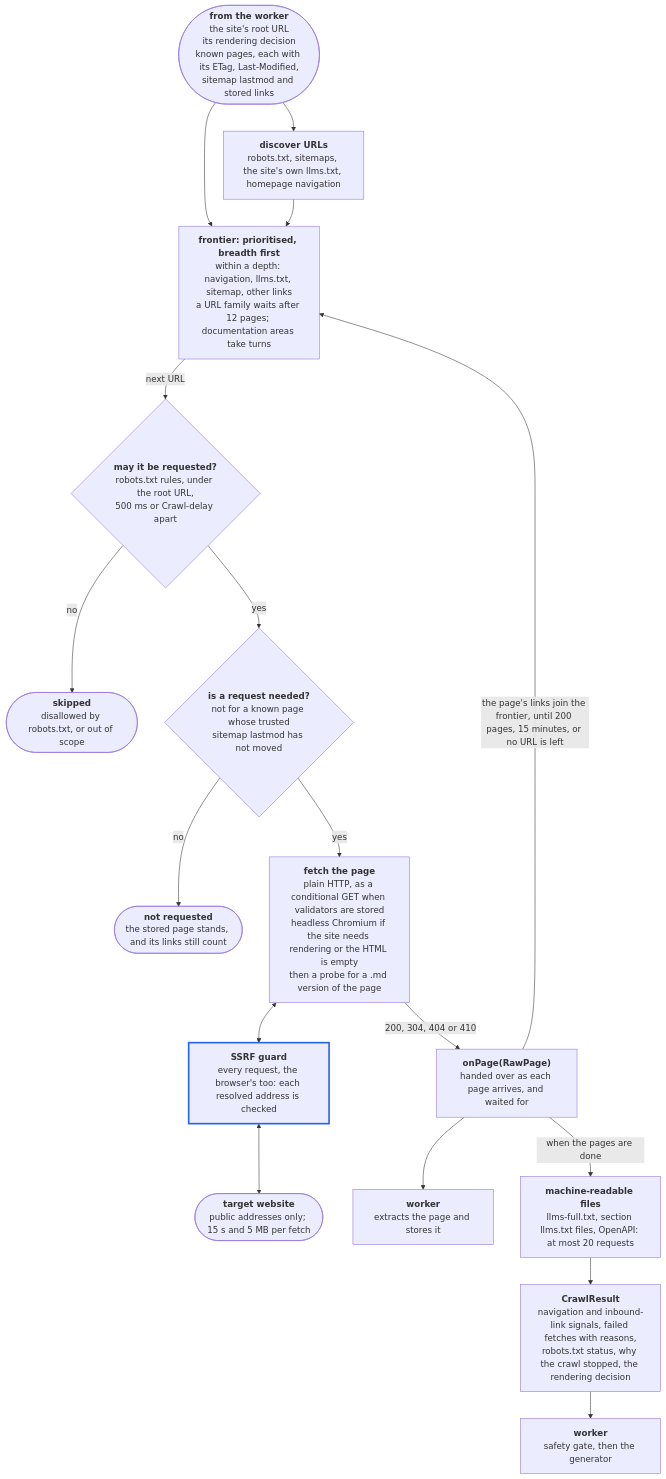
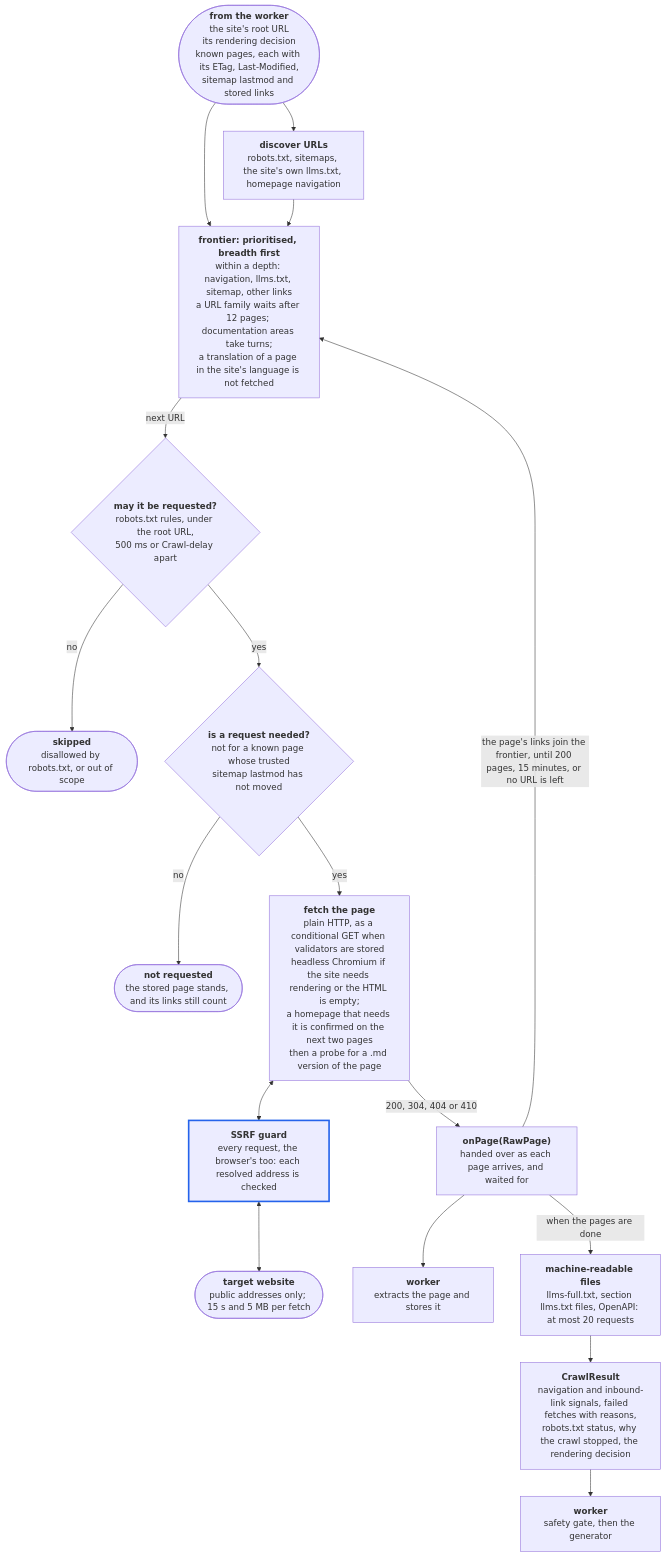
The third of 8 diagrams in docs/design/README.md (nevertooserious/llms-txt-ben-lucato), drawn with Mermaid before and after one commit. The commit also changed other lines of this file and 82 other files, not shown here.

````diff
--- a/docs/design/README.md
+++ b/docs/design/README.md
@@ -63,37 +63,37 @@
 ```mermaid
 flowchart TD
   inputs(["<b>from the worker</b><br/>the site's root URL<br/>its rendering decision<br/>known pages, each with its ETag, Last-Modified,<br/>sitemap lastmod and stored links"])
   discover["<b>discover URLs</b><br/>robots.txt, sitemaps, the site's own llms.txt, homepage navigation"]
-  frontier["<b>frontier: prioritised, breadth first</b><br/>within a depth: navigation, llms.txt, sitemap, other links<br/>a URL family waits after 12 pages; documentation areas take turns"]
+  frontier["<b>frontier: prioritised, breadth first</b><br/>within a depth: navigation, llms.txt, sitemap, other links<br/>a URL family waits after 12 pages; documentation areas take turns;<br/>a translation of a page in the site's language is not fetched"]
   allowed{"<b>may it be requested?</b><br/>robots.txt rules, under the root URL,<br/>500 ms or Crawl-delay apart"}
   skipped(["<b>skipped</b><br/>disallowed by robots.txt, or out of scope"])
   needed{"<b>is a request needed?</b><br/>not for a known page whose trusted<br/>sitemap lastmod has not moved"}
   notRequested(["<b>not requested</b><br/>the stored page stands, and its links still count"])
-  fetch["<b>fetch the page</b><br/>plain HTTP, as a conditional GET when validators are stored<br/>headless Chromium if the site needs rendering or the HTML is empty<br/>then a probe for a .md version of the page"]
+  fetch["<b>fetch the page</b><br/>plain HTTP, as a conditional GET when validators are stored<br/>headless Chromium if the site needs rendering or the HTML is empty;<br/>a homepage that needs it is confirmed on the next two pages<br/>then a probe for a .md version of the page"]
   guard["<b>SSRF guard</b><br/>every request, the browser's too: each resolved address is checked"]
   site(["<b>target website</b><br/>public addresses only; 15 s and 5 MB per fetch"])
   onPage["<b>onPage(RawPage)</b><br/>handed over as each page arrives, and waited for"]
   workerStore["<b>worker</b><br/>extracts the page and stores it"]
   resources["<b>machine-readable files</b><br/>llms-full.txt, section llms.txt files, OpenAPI: at most 20 requests"]
   result["<b>CrawlResult</b><br/>navigation and inbound-link signals, failed fetches with reasons,<br/>robots.txt status, why the crawl stopped, the rendering decision"]
   workerGate["<b>worker</b><br/>safety gate, then the generator"]
 
   inputs --> discover
   inputs --> frontier
   discover --> frontier
   frontier -- "next URL" --> allowed
   allowed -- "no" --> skipped
   allowed -- "yes" --> needed
   needed -- "no" --> notRequested
   needed -- "yes" --> fetch
   fetch <--> guard
   guard <--> site
   fetch -- "200, 304, 404 or 410" --> onPage
   onPage --> workerStore
   onPage -- "the page's links join the frontier, until 200 pages, 15 minutes, or no URL is left" --> frontier
   onPage -- "when the pages are done" --> resources
   resources --> result
   result --> workerGate
 
   style guard stroke:#2563eb,stroke-width:3px
 ```
````
